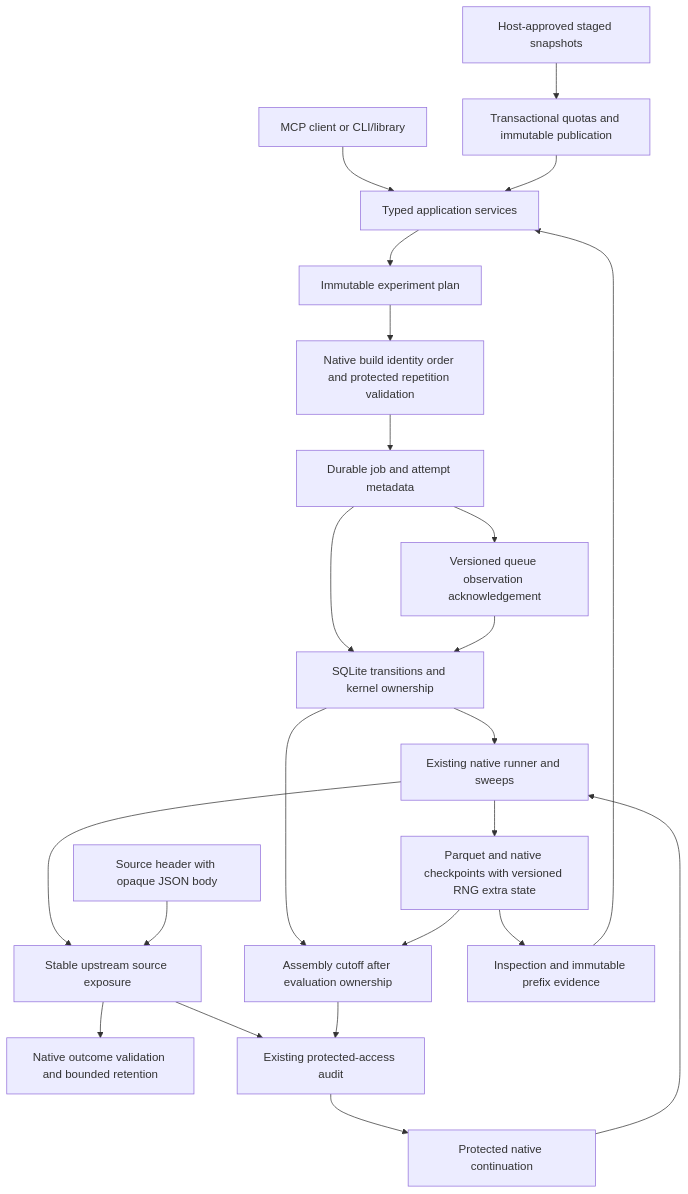
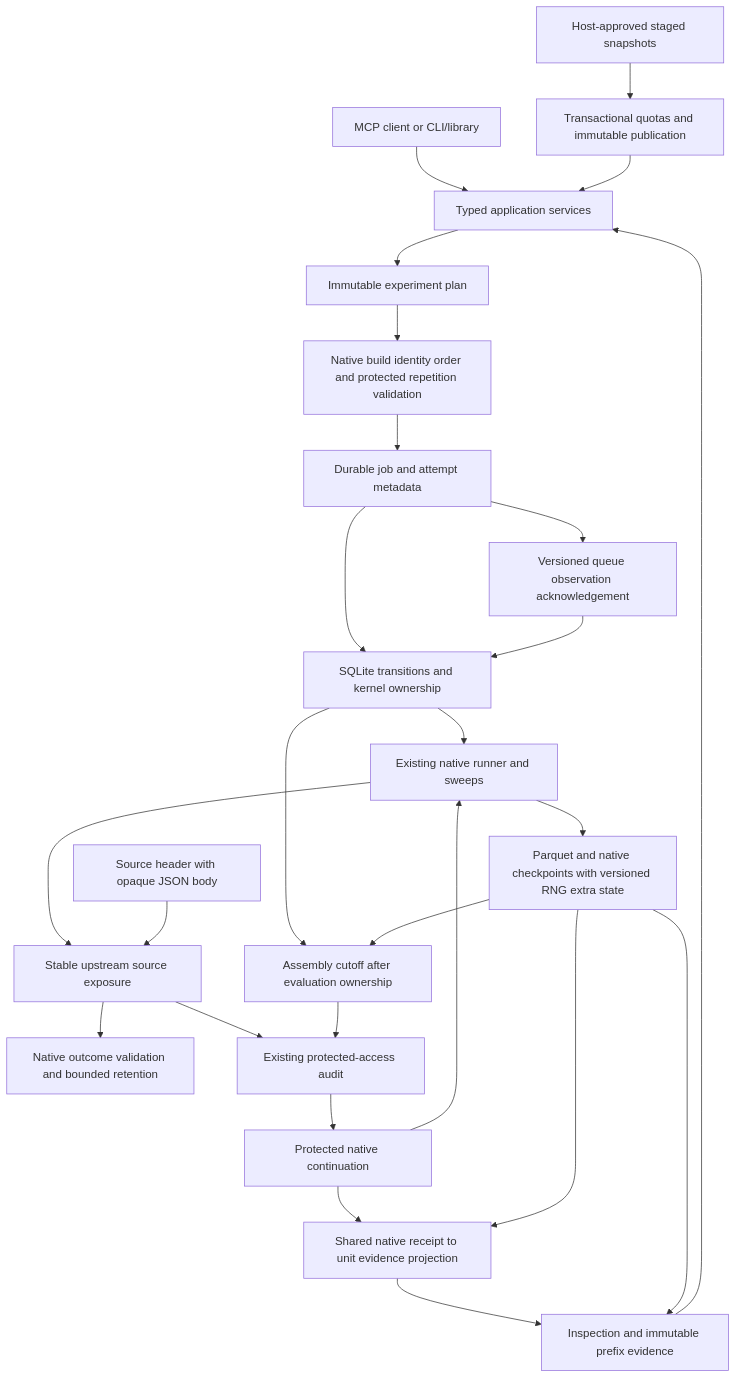
The first of 2 diagrams in docs/workflow-contracts.md (jacksonpradolima/coleman4hcs), drawn with Mermaid before and after one commit. The commit also changed 8 other files, not shown here.

Commit message:
fix: bind protected unit evidence to native provenance

````diff
--- a/docs/workflow-contracts.md
+++ b/docs/workflow-contracts.md
@@ -85,25 +85,28 @@
 ```mermaid
 flowchart TD
     Client[MCP client or CLI/library] --> App[Typed application services]
     Registry[Host-approved staged snapshots] --> Admission[Transactional quotas and immutable publication]
     Admission --> App
     App --> Plan[Immutable experiment plan]
     Plan --> Preflight[Native build identity order and protected repetition validation]
     Preflight --> Jobs[Durable job and attempt metadata]
     Jobs --> Ownership[SQLite transitions and kernel ownership]
     Jobs --> Ack[Versioned queue observation acknowledgement]
     Ack --> Ownership
     Ownership --> Runner[Existing native runner and sweeps]
     Runner --> Store[Parquet and native checkpoints with versioned RNG extra state]
     Runner --> Exposure[Stable upstream source exposure]
     Import[Source header with opaque JSON body] --> Exposure
     Exposure --> Decode[Native outcome validation and bounded retention]
     Exposure --> Audit[Existing protected-access audit]
     Ownership --> Window[Assembly cutoff after evaluation ownership]
     Store --> Window
     Window --> Audit
     Audit --> Continuation[Protected native continuation]
     Continuation --> Runner
+    Continuation --> Projection[Shared native receipt to unit evidence projection]
+    Store --> Projection
+    Projection --> Evidence
     Store --> Evidence[Inspection and immutable prefix evidence]
     Evidence --> App
 ```
````
